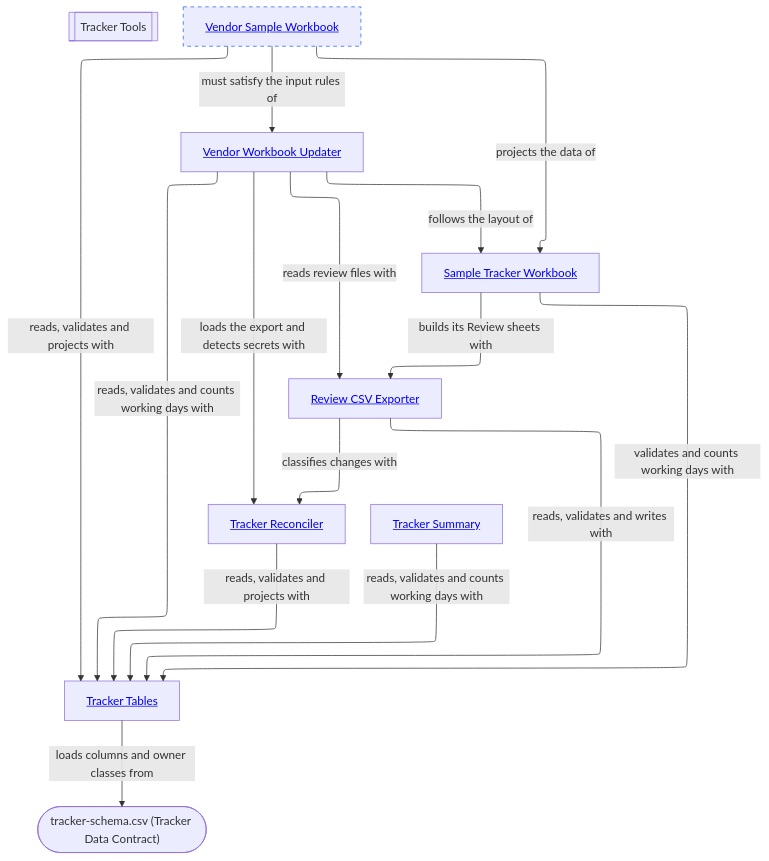
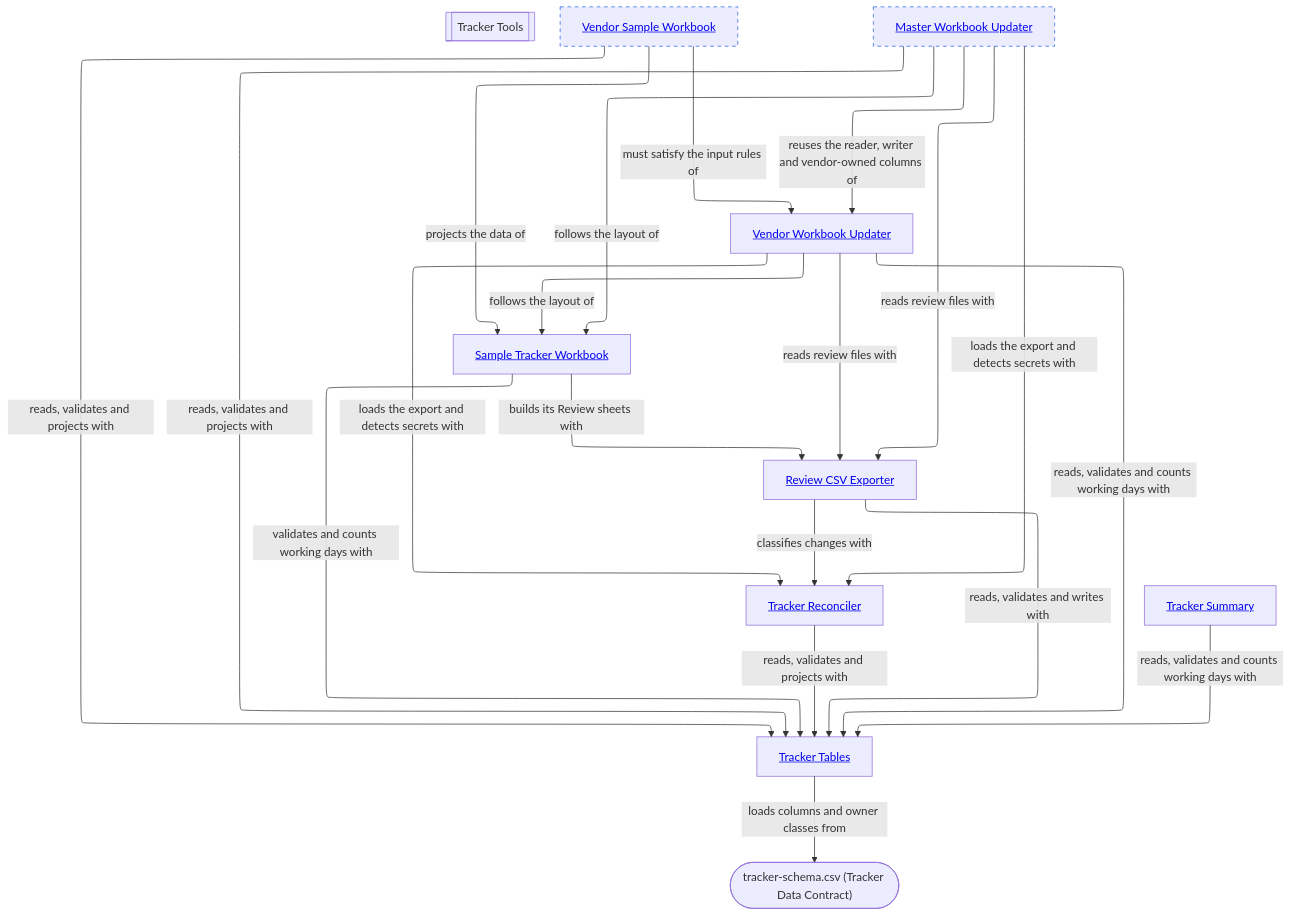
The second of 2 diagrams in tracker-tools/README.md (vrparthasarathy/migration-job-discovery), drawn with Mermaid before and after one commit. The commit also changed other lines of this file and 8 other files, not shown here.

Commit message:
Plan Master Workbook Updater.

````diff
--- a/tracker-tools/README.md
+++ b/tracker-tools/README.md
@@ -102,32 +106,38 @@
 ```mermaid
 ---
 config:
   layout: elk
 ---
 %%{init: {"securityLevel": "loose"}}%%
 flowchart TB
   grp[["Tracker Tools"]]
   tracker_tables["<a href='tracker-tables/README.md#diagram'>Tracker Tables</a>"]
   tracker_reconciler["<a href='tracker-reconciler/README.md#diagram'>Tracker Reconciler</a>"]
   tracker_summary["<a href='tracker-summary/README.md#diagram'>Tracker Summary</a>"]
   schema(["tracker-schema.csv (Tracker Data Contract)"])
   tracker_reconciler -->|"reads, validates and projects with"| tracker_tables
   tracker_summary -->|"reads, validates and counts working days with"| tracker_tables
   sample["<a href='sample-tracker-workbook/README.md#diagram'>Sample Tracker Workbook</a>"]
   sample -->|"validates and counts working days with"| tracker_tables
   exporter["<a href='review-csv-exporter/README.md#diagram'>Review CSV Exporter</a>"]
   exporter -->|"reads, validates and writes with"| tracker_tables
   exporter -->|"classifies changes with"| tracker_reconciler
   updater["<a href='vendor-workbook-updater/README.md#diagram'>Vendor Workbook Updater</a>"]
   updater -->|"reads, validates and counts working days with"| tracker_tables
   updater -->|"loads the export and detects secrets with"| tracker_reconciler
   updater -->|"reads review files with"| exporter
   updater -->|"follows the layout of"| sample
   vsample["<a href='vendor-sample-workbook/README.md#planned-diagram'>Vendor Sample Workbook</a>"]:::planned
   vsample -->|"reads, validates and projects with"| tracker_tables
   vsample -->|"projects the data of"| sample
   vsample -->|"must satisfy the input rules of"| updater
+  master["<a href='master-workbook-updater/README.md#planned-diagram'>Master Workbook Updater</a>"]:::planned
+  master -->|"reads, validates and projects with"| tracker_tables
+  master -->|"loads the export and detects secrets with"| tracker_reconciler
+  master -->|"reads review files with"| exporter
+  master -->|"follows the layout of"| sample
+  master -->|"reuses the reader, writer and vendor-owned columns of"| updater
   sample -->|"builds its Review sheets with"| exporter
   tracker_tables -->|"loads columns and owner classes from"| schema
   classDef planned stroke-dasharray: 5 5,stroke:#2563eb
 ```
````
